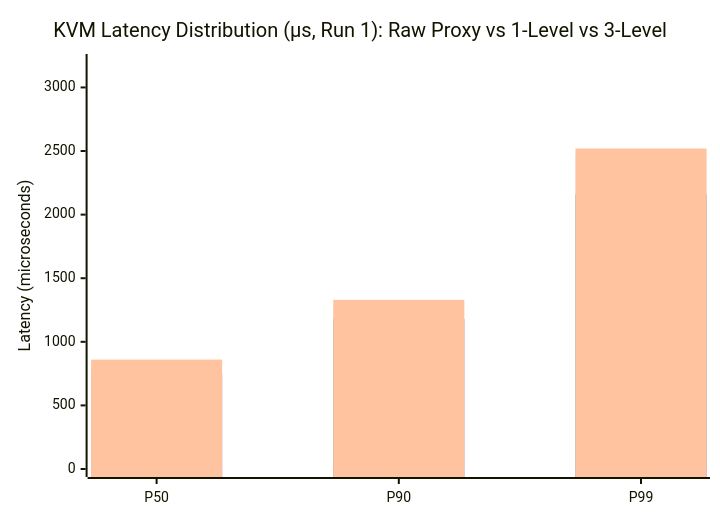
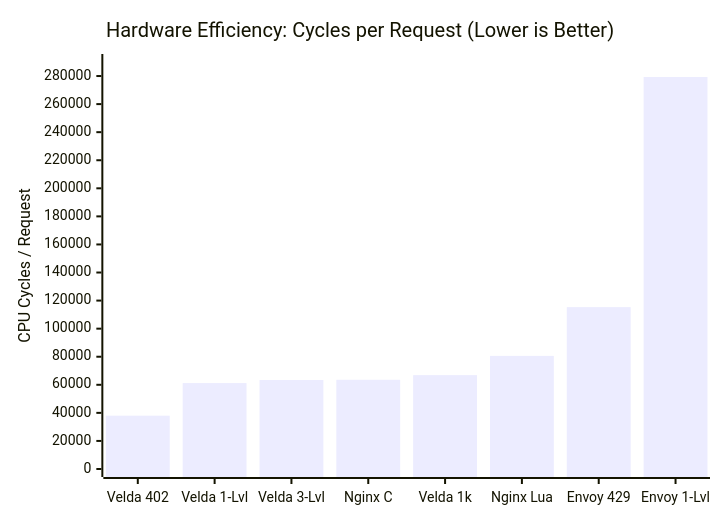
One commit to phucle996/velda-edge changed the second of 2 diagrams in crates/velda-plugin/src/pre_upstream/api_metering/BENCHMARK.md. Above: the diagram before and after it, drawn with Mermaid. The commit also changed other lines of this file, not shown here.

Commit message:
docs(api_metering): rewrite BENCHMARK.md with full 5-tier KVM, PMU, and Envoy/Nginx comparative data

````diff
--- a/crates/velda-plugin/src/pre_upstream/api_metering/BENCHMARK.md
+++ b/crates/velda-plugin/src/pre_upstream/api_metering/BENCHMARK.md
@@ -58,9 +159,7 @@
 ```mermaid
 xychart-beta
-    title "KVM Latency Distribution (µs, Run 1): Raw Proxy vs 1-Level vs 3-Level"
-    x-axis ["P50", "P90", "P99"]
-    y-axis "Latency (microseconds)" 0 --> 3200
-    bar [697, 1130, 2470]
-    bar [753, 1180, 2160]
-    bar [860, 1330, 2520]
+    title "Hardware Efficiency: Cycles per Request (Lower is Better)"
+    x-axis ["Velda 402", "Velda 1-Lvl", "Velda 3-Lvl", "Nginx C", "Velda 1k", "Nginx Lua", "Envoy 429", "Envoy 1-Lvl"]
+    y-axis "CPU Cycles / Request" 0 --> 290000
+    bar [37979, 61214, 63439, 63558, 66876, 80591, 115352, 279284]
 ```
````
